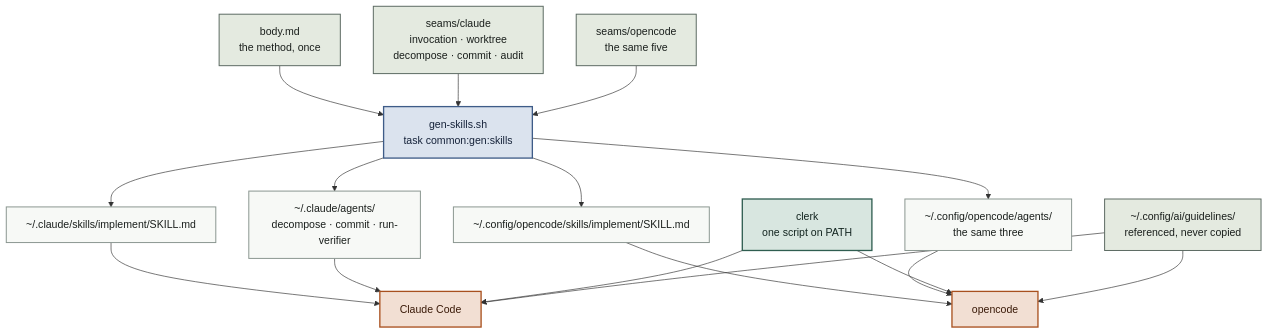
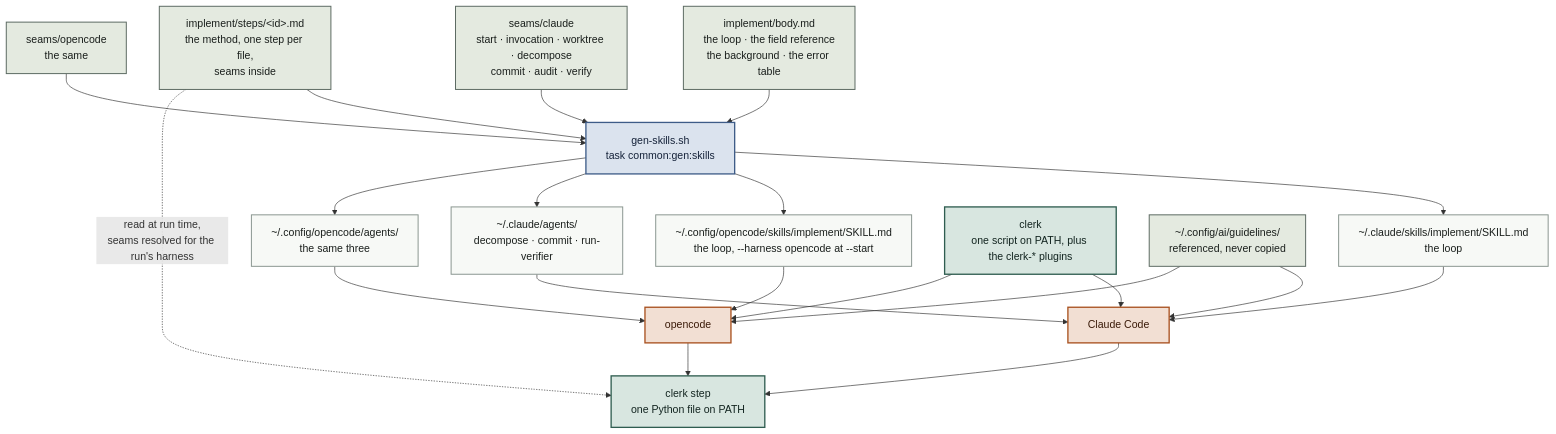
The fifth of 5 diagrams in link/common/dot-config/.config/ai/method/README.md (hpcsc/dotfiles), drawn with Mermaid before and after one commit. The commit also changed other lines of this file and 6 other files, not shown here.

````diff
--- a/link/common/dot-config/.config/ai/method/README.md
+++ b/link/common/dot-config/.config/ai/method/README.md
@@ -426,31 +495,36 @@
 ```mermaid
 flowchart TD
-  BODY["body.md<br/>the method, once"]
-  SC["seams/claude<br/>invocation · worktree<br/>decompose · commit · audit"]
-  SO["seams/opencode<br/>the same five"]
+  BODY["implement/body.md<br/>the loop · the field reference<br/>the background · the error table"]
+  STEPS["implement/steps/&lt;id&gt;.md<br/>the method, one step per file,<br/>seams inside"]
+  SC["seams/claude<br/>start · invocation · worktree · decompose<br/>commit · audit · verify"]
+  SO["seams/opencode<br/>the same"]
   BODY --> GEN["gen-skills.sh<br/>task common:gen:skills"]
+  STEPS --> GEN
   SC --> GEN
   SO --> GEN
-  GEN --> OC1["~/.claude/skills/implement/SKILL.md"]
-  GEN --> OO1["~/.config/opencode/skills/implement/SKILL.md"]
+  GEN --> OC1["~/.claude/skills/implement/SKILL.md<br/>the loop"]
+  GEN --> OO1["~/.config/opencode/skills/implement/SKILL.md<br/>the loop, --harness opencode at --start"]
   GEN --> OC2["~/.claude/agents/<br/>decompose · commit · run-verifier"]
   GEN --> OO2["~/.config/opencode/agents/<br/>the same three"]
   OC1 --> CC["Claude Code"]
   OC2 --> CC
   OO1 --> OK["opencode"]
   OO2 --> OK
-  CLERK["clerk<br/>one script on PATH"] --> CC
+  CC --> STEP["clerk step<br/>one Python file on PATH"]
+  OK --> STEP
+  STEPS -. "read at run time,<br/>seams resolved for the run's harness" .-> STEP
+  CLERK["clerk<br/>one script on PATH, plus the clerk-* plugins"] --> CC
   CLERK --> OK
   GUIDE["~/.config/ai/guidelines/<br/>referenced, never copied"] --> CC
   GUIDE --> OK
   classDef src fill:#E4EAE0,stroke:#5C6A62,stroke-width:1.5px,color:#1A1F1C
   classDef gen fill:#DBE3EE,stroke:#3E5C88,stroke-width:2px,color:#16233A
   classDef out fill:#F7F9F6,stroke:#8A9690,stroke-width:1.5px,color:#1A1F1C
   classDef tool fill:#F2DFD3,stroke:#A8501E,stroke-width:2px,color:#3A1A08
   classDef clerk fill:#D8E6E0,stroke:#2F5D50,stroke-width:2px,color:#132520
-  class BODY,SC,SO,GUIDE src
+  class BODY,STEPS,SC,SO,GUIDE src
   class GEN gen
   class OC1,OO1,OC2,OO2 out
   class CC,OK tool
-  class CLERK clerk
+  class CLERK,STEP clerk
 ```
````
